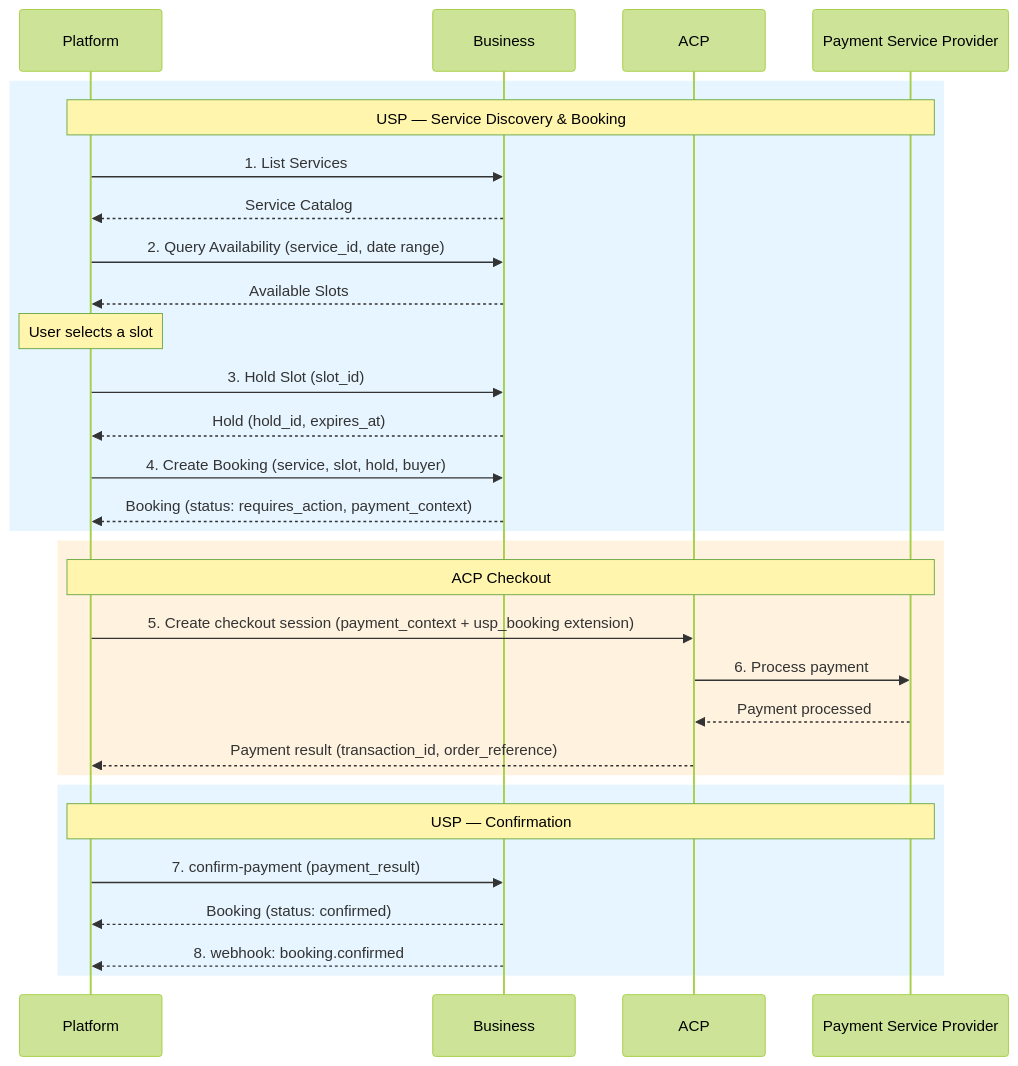
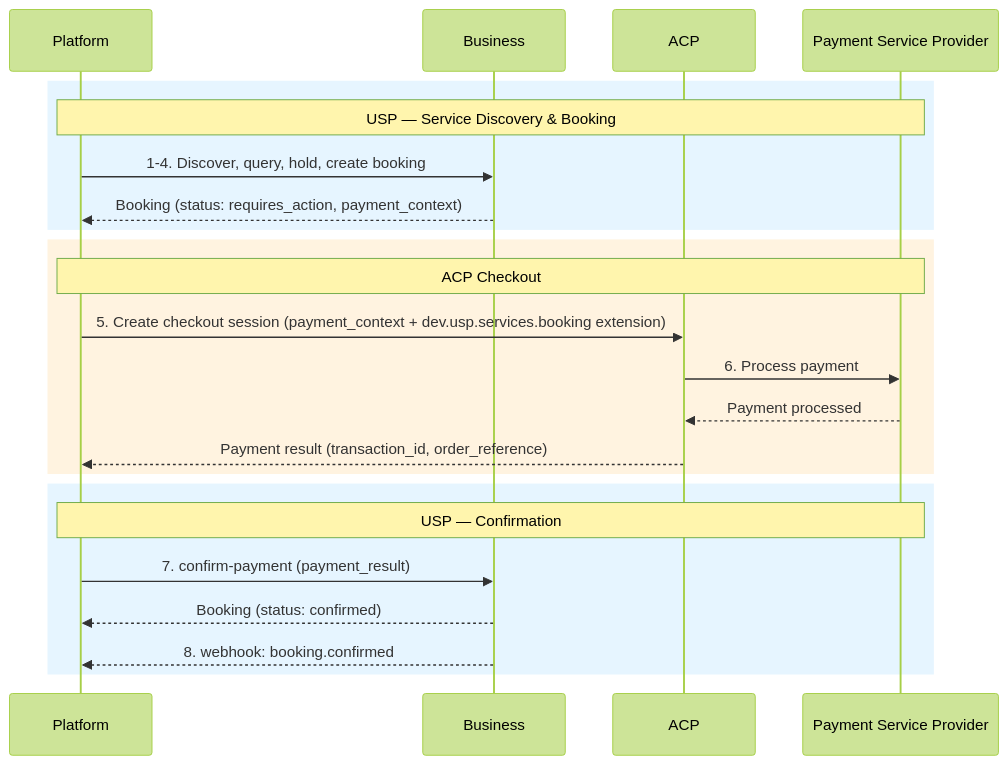
The ninth of 9 diagrams in specification.md (wix/universal-scheduling-protocol), drawn with Mermaid (forest theme) before and after one commit. The commit also changed other lines of this file and 17 other files, not shown here.

````diff
--- a/specification.md
+++ b/specification.md
@@ -2034,35 +2135,28 @@
 ```mermaid
 sequenceDiagram
     participant P as Platform
     participant B as Business
     participant ACP as ACP
     participant PSP as Payment Service Provider
 
     rect rgb(230, 245, 255)
     Note over P,PSP: USP — Service Discovery & Booking
-    P->>B: 1. List Services
-    B-->>P: Service Catalog
-    P->>B: 2. Query Availability (service_id, date range)
-    B-->>P: Available Slots
-    Note over P: User selects a slot
-    P->>B: 3. Hold Slot (slot_id)
-    B-->>P: Hold (hold_id, expires_at)
-    P->>B: 4. Create Booking (service, slot, hold, buyer)
+    P->>B: 1-4. Discover, query, hold, create booking
     B-->>P: Booking (status: requires_action, payment_context)
     end
 
     rect rgb(255, 243, 224)
     Note over P,PSP: ACP Checkout
-    P->>ACP: 5. Create checkout session (payment_context + usp_booking extension)
+    P->>ACP: 5. Create checkout session (payment_context + dev.usp.services.booking extension)
     ACP->>PSP: 6. Process payment
     PSP-->>ACP: Payment processed
     ACP-->>P: Payment result (transaction_id, order_reference)
     end
 
     rect rgb(230, 245, 255)
     Note over P,PSP: USP — Confirmation
     P->>B: 7. confirm-payment (payment_result)
     B-->>P: Booking (status: confirmed)
     B-->>P: 8. webhook: booking.confirmed
     end
 ```
````
